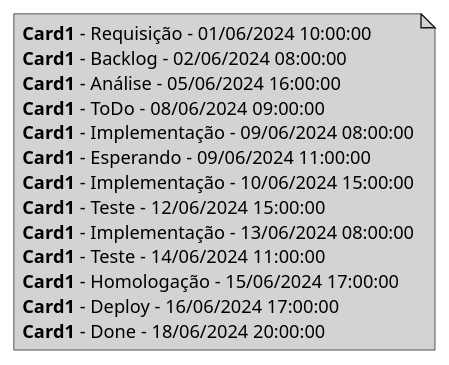
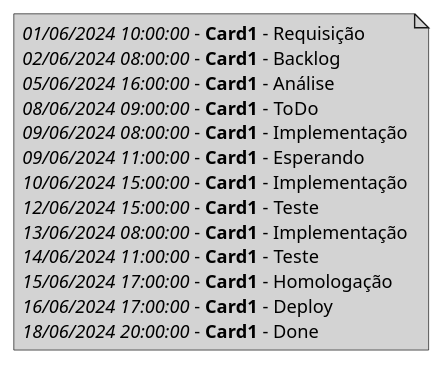
The sixth of 6 diagrams in Kanban/Cards.md (GiovaniPM/MyCourses), drawn with PlantUML before and after one commit. The commit also changed other lines of this file and 4 other files, not shown here.

````diff
--- a/Kanban/Cards.md
+++ b/Kanban/Cards.md
@@ -144,19 +254,19 @@
 ```plantuml
 @startuml
 note as N2 #lightgray
-  **Card1** - Requisição - 01/06/2024 10:00:00
-  **Card1** - Backlog - 02/06/2024 08:00:00
-  **Card1** - Análise - 05/06/2024 16:00:00
-  **Card1** - ToDo - 08/06/2024 09:00:00
-  **Card1** - Implementação - 09/06/2024 08:00:00
-  **Card1** - Esperando - 09/06/2024 11:00:00
-  **Card1** - Implementação - 10/06/2024 15:00:00
-  **Card1** - Teste - 12/06/2024 15:00:00
-  **Card1** - Implementação - 13/06/2024 08:00:00
-  **Card1** - Teste - 14/06/2024 11:00:00
-  **Card1** - Homologação - 15/06/2024 17:00:00
-  **Card1** - Deploy - 16/06/2024 17:00:00
-  **Card1** - Done - 18/06/2024 20:00:00
+  //01/06/2024 10:00:00// - **Card1** - Requisição
+  //02/06/2024 08:00:00// - **Card1** - Backlog
+  //05/06/2024 16:00:00// - **Card1** - Análise
+  //08/06/2024 09:00:00// - **Card1** - ToDo
+  //09/06/2024 08:00:00// - **Card1** - Implementação
+  //09/06/2024 11:00:00// - **Card1** - Esperando
+  //10/06/2024 15:00:00// - **Card1** - Implementação
+  //12/06/2024 15:00:00// - **Card1** - Teste
+  //13/06/2024 08:00:00// - **Card1** - Implementação
+  //14/06/2024 11:00:00// - **Card1** - Teste
+  //15/06/2024 17:00:00// - **Card1** - Homologação
+  //16/06/2024 17:00:00// - **Card1** - Deploy
+  //18/06/2024 20:00:00// - **Card1** - Done
 end note
 @enduml
 ```
````
